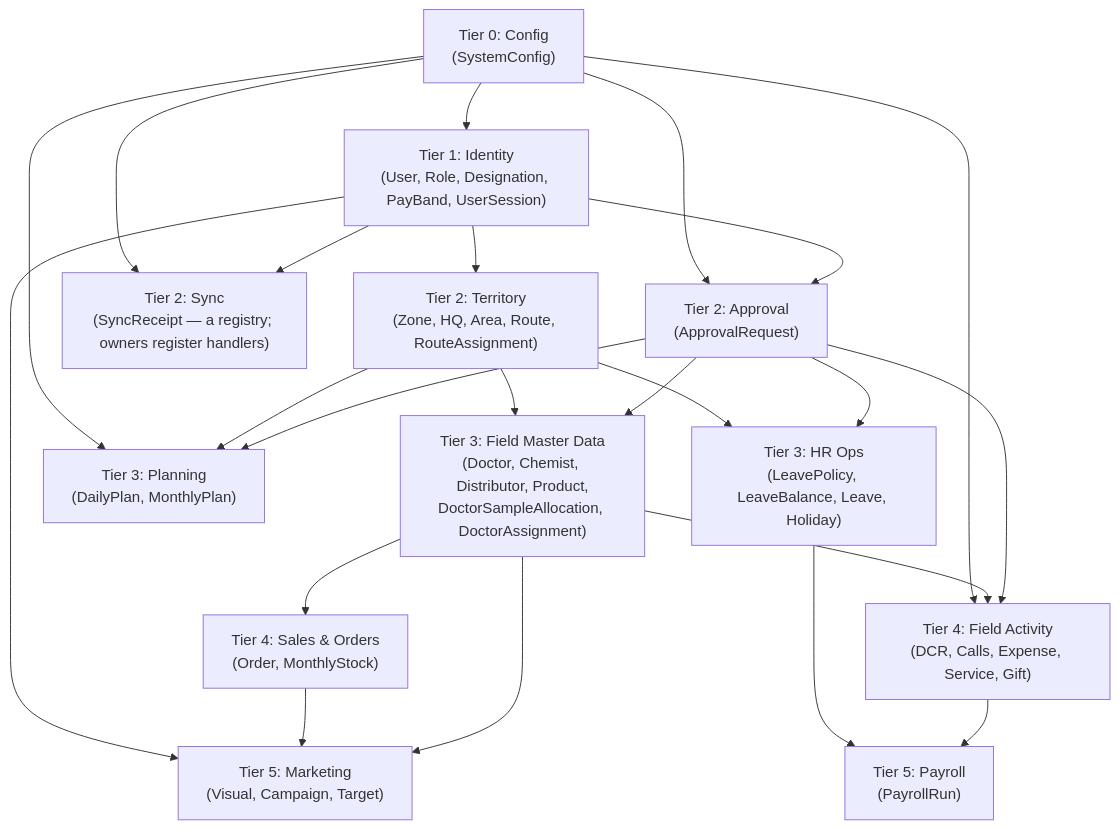
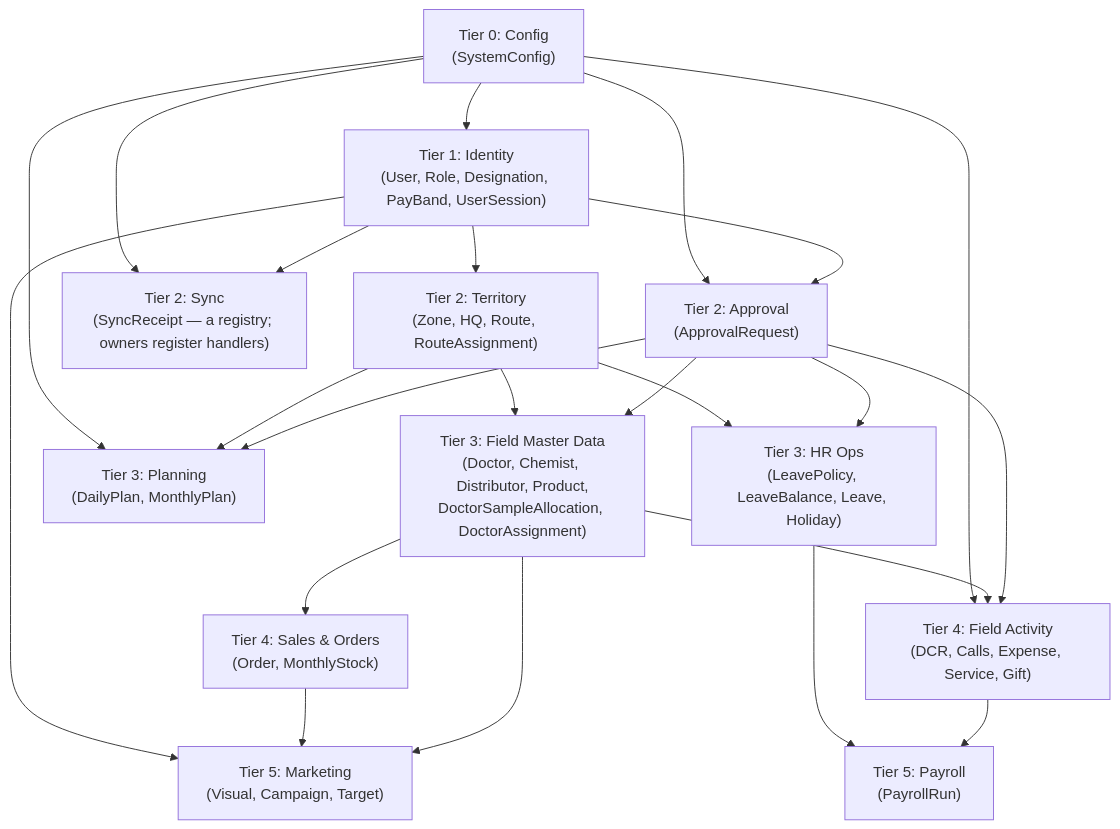
Before and after one commit to reboot-ai-private-limited/greynote: the second of 2 diagrams in docs/hld/03-system-architecture.md, drawn with Mermaid. The commit also changed 14 other files, not shown here.

First line of the commit message:
docs(territory): flatten to Zone → HQ → Route — HQ base place, Route destination and type

````diff
--- a/docs/hld/03-system-architecture.md
+++ b/docs/hld/03-system-architecture.md
@@ -38,38 +38,38 @@
 ```mermaid
 graph TD
     Config["Tier 0: Config<br/>(SystemConfig)"]
     Identity["Tier 1: Identity<br/>(User, Role, Designation, PayBand, UserSession)"]
-    Territory["Tier 2: Territory<br/>(Zone, HQ, Area, Route, RouteAssignment)"]
+    Territory["Tier 2: Territory<br/>(Zone, HQ, Route, RouteAssignment)"]
     Approval["Tier 2: Approval<br/>(ApprovalRequest)"]
     Sync["Tier 2: Sync<br/>(SyncReceipt — a registry; owners register handlers)"]
     FMD["Tier 3: Field Master Data<br/>(Doctor, Chemist, Distributor, Product,<br/>DoctorSampleAllocation, DoctorAssignment)"]
     Planning["Tier 3: Planning<br/>(DailyPlan, MonthlyPlan)"]
     HR["Tier 3: HR Ops<br/>(LeavePolicy, LeaveBalance, Leave, Holiday)"]
     FieldActivity["Tier 4: Field Activity<br/>(DCR, Calls, Expense, Service, Gift)"]
     Sales["Tier 4: Sales & Orders<br/>(Order, MonthlyStock)"]
     Marketing["Tier 5: Marketing<br/>(Visual, Campaign, Target)"]
     Payroll["Tier 5: Payroll<br/>(PayrollRun)"]
 
     Config --> Identity
     Identity --> Territory
     Identity --> Approval
     Config --> Approval
     Identity --> Sync
     Config --> Sync
     Approval --> Planning
     Approval --> HR
     Approval --> FMD
     Approval --> FieldActivity
     Territory --> FMD
     Territory --> Planning
     Territory --> HR
     Config --> Planning
     FMD --> FieldActivity
     Config --> FieldActivity
     FMD --> Sales
     FMD --> Marketing
     Sales --> Marketing
     Identity --> Marketing
     FieldActivity --> Payroll
     HR --> Payroll
 ```
````
